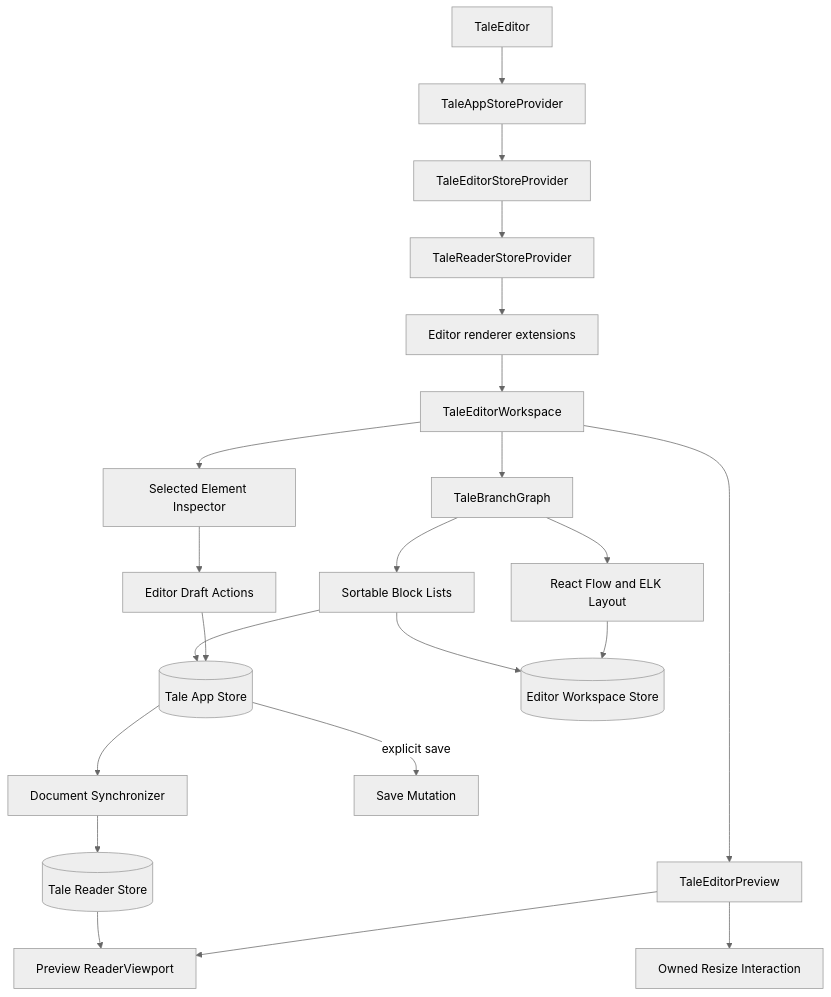
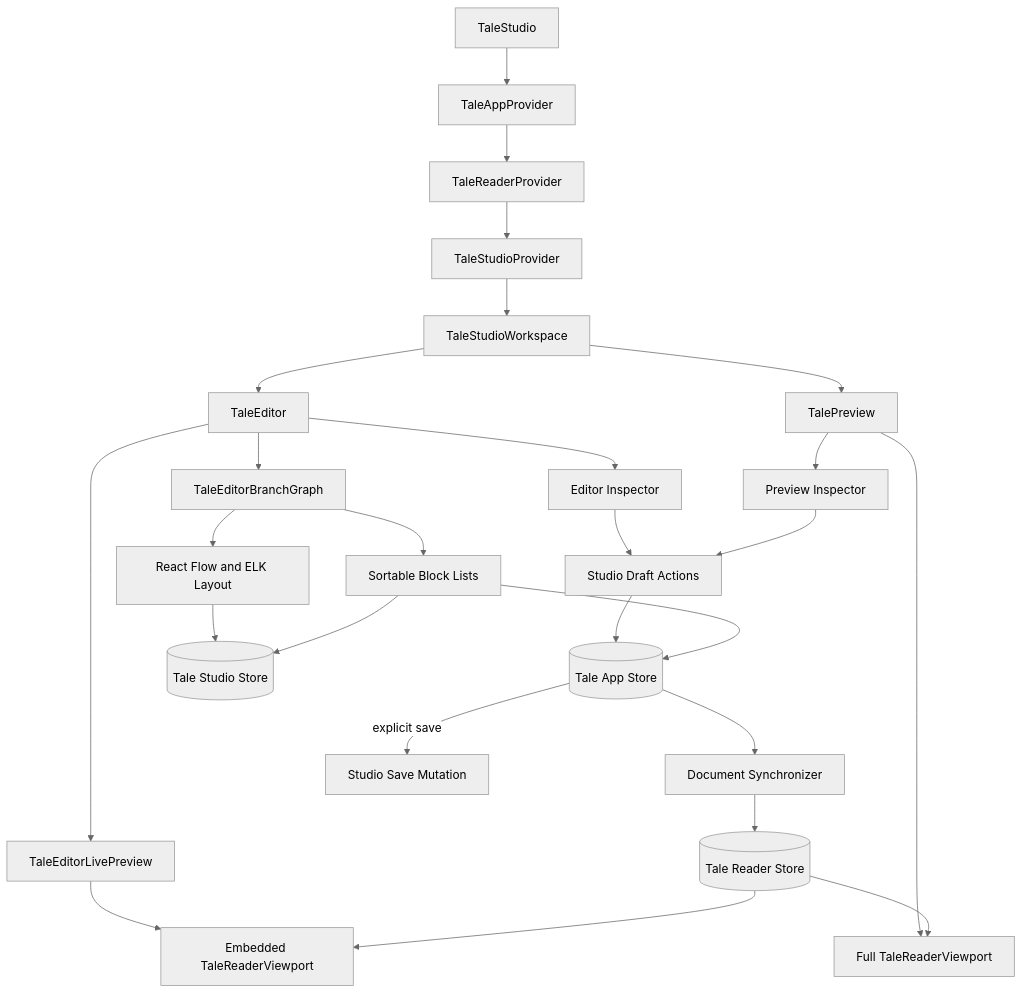
Before and after one commit to hexvictor/talescape: the fifth of 6 diagrams in docs/application-architecture.md, drawn with Mermaid (neutral theme). The commit also changed other lines of this file and 533 other files, not shown here.

First line of the commit message:
feat(reader): complete autoplay and studio experience

````diff
--- a/docs/application-architecture.md
+++ b/docs/application-architecture.md
@@ -168,26 +171,30 @@
 ```mermaid
 flowchart TD
-    TaleEditor[TaleEditor] --> DocumentProvider[TaleAppStoreProvider]
-    DocumentProvider --> EditorProvider[TaleEditorStoreProvider]
-    EditorProvider --> ReaderProvider[TaleReaderStoreProvider]
-    ReaderProvider --> Extensions[Editor renderer extensions]
-    Extensions --> Workspace[TaleEditorWorkspace]
-    Workspace --> Preview[TaleEditorPreview]
-    Workspace --> Graph[TaleBranchGraph]
-    Workspace --> Inspector[Selected Element Inspector]
+    TaleStudio[TaleStudio] --> AppProvider[TaleAppProvider]
+    AppProvider --> ReaderProvider[TaleReaderProvider]
+    ReaderProvider --> StudioProvider[TaleStudioProvider]
+    StudioProvider --> Workspace[TaleStudioWorkspace]
+    Workspace --> Editor[TaleEditor]
+    Workspace --> Preview[TalePreview]
 
-    Preview --> PreviewViewport[Preview ReaderViewport]
-    Preview --> Resize[Owned Resize Interaction]
+    Editor --> LivePreview[TaleEditorLivePreview]
+    Editor --> Graph[TaleEditorBranchGraph]
+    Editor --> EditorInspector[Editor Inspector]
+    Preview --> PreviewViewport[Full TaleReaderViewport]
+    Preview --> PreviewInspector[Preview Inspector]
+    LivePreview --> TaleReaderViewport[Embedded TaleReaderViewport]
     Graph --> DnD[Sortable Block Lists]
     Graph --> Flow[React Flow and ELK Layout]
-    Inspector --> Draft[Editor Draft Actions]
 
+    EditorInspector --> Draft[Studio Draft Actions]
+    PreviewInspector --> Draft
     Draft --> DocumentStore[(Tale App Store)]
     DnD --> DocumentStore
-    Flow --> EditorStore[(Editor Workspace Store)]
-    DnD --> EditorStore
+    Flow --> StudioStore[(Tale Studio Store)]
+    DnD --> StudioStore
     DocumentStore --> Synchronizer[Document Synchronizer]
     Synchronizer --> ReaderStore[(Tale Reader Store)]
+    ReaderStore --> TaleReaderViewport
     ReaderStore --> PreviewViewport
-    DocumentStore -->|explicit save| Mutation[Save Mutation]
+    DocumentStore -->|explicit save| Mutation[Studio Save Mutation]
 ```
````
